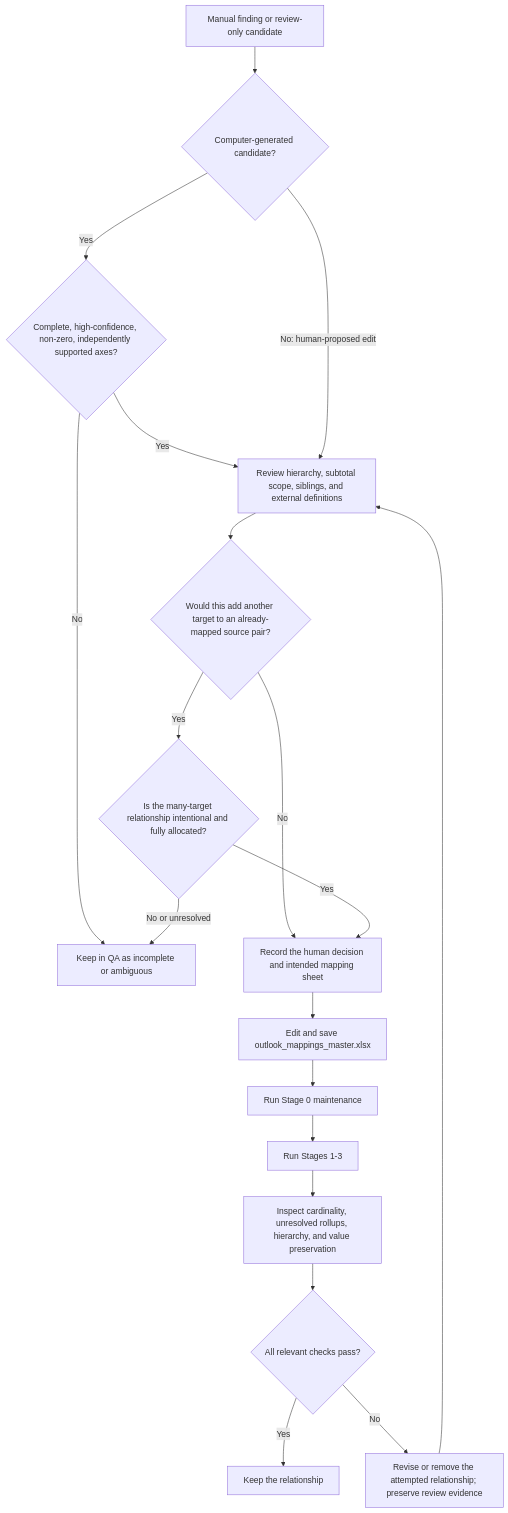
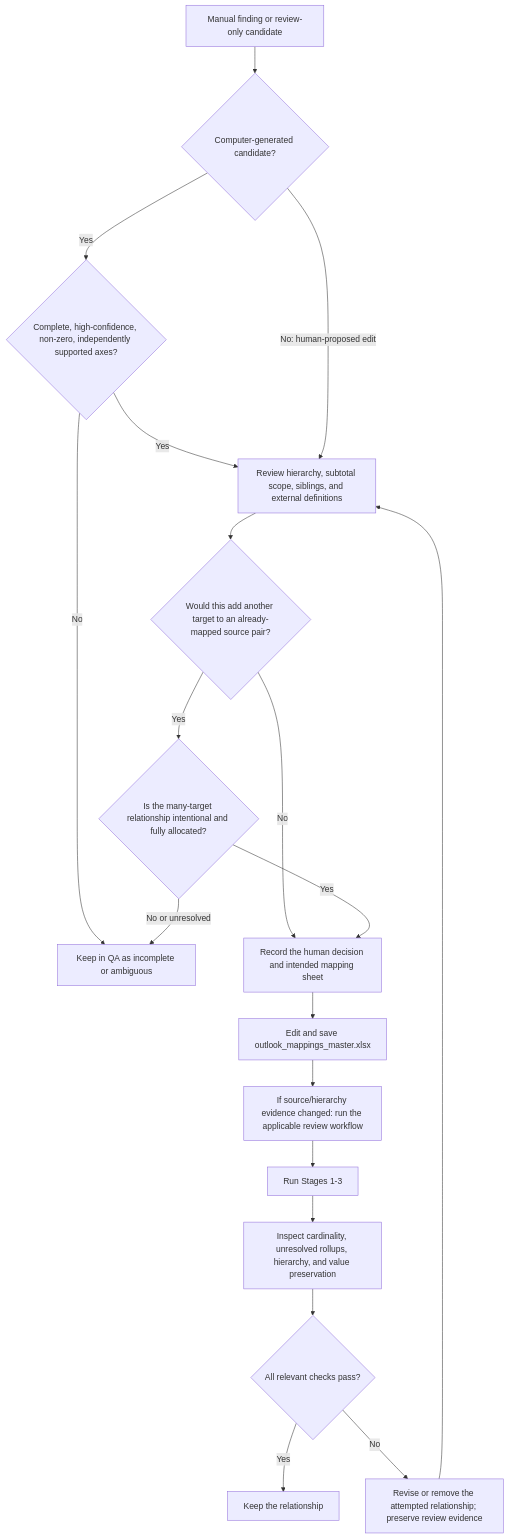
One commit to asia-pacific-energy-research-centre/leap_mappings changed the diagram in docs/guide_outlook_mappings_master.md. Above: the diagram before and after it, drawn with Mermaid. The commit also changed 30 other files, not shown here.

First line of the commit message:
codex: retire mapping pipeline stage zero

````diff
--- a/docs/guide_outlook_mappings_master.md
+++ b/docs/guide_outlook_mappings_master.md
@@ -273,32 +273,32 @@
 ```mermaid
 flowchart TD
     FINDING["Manual finding or review-only candidate"]
     GENERATED{"Computer-generated candidate?"}
     EVIDENCE{"Complete, high-confidence, non-zero, independently supported axes?"}
     QA["Keep in QA as incomplete or ambiguous"]
     SEMANTICS["Review hierarchy, subtotal scope, siblings, and external definitions"]
     EXISTING{"Would this add another target to an already-mapped source pair?"}
     CARDINALITY{"Is the many-target relationship intentional and fully allocated?"}
     DECIDE["Record the human decision and intended mapping sheet"]
     EDIT["Edit and save outlook_mappings_master.xlsx"]
-    STAGE0["Run Stage 0 maintenance"]
+    OPTIONAL["If source/hierarchy evidence changed: run the applicable review workflow"]
     PIPELINE["Run Stages 1-3"]
     CHECK["Inspect cardinality, unresolved rollups, hierarchy, and value preservation"]
     PASS{"All relevant checks pass?"}
     ACCEPT["Keep the relationship"]
     REVISE["Revise or remove the attempted relationship; preserve review evidence"]
 
     FINDING --> GENERATED
     GENERATED -- "Yes" --> EVIDENCE
     EVIDENCE -- "No" --> QA
     EVIDENCE -- "Yes" --> SEMANTICS
     GENERATED -- "No: human-proposed edit" --> SEMANTICS
     SEMANTICS --> EXISTING
     EXISTING -- "No" --> DECIDE
     EXISTING -- "Yes" --> CARDINALITY
     CARDINALITY -- "No or unresolved" --> QA
     CARDINALITY -- "Yes" --> DECIDE
-    DECIDE --> EDIT --> STAGE0 --> PIPELINE --> CHECK --> PASS
+    DECIDE --> EDIT --> OPTIONAL --> PIPELINE --> CHECK --> PASS
     PASS -- "Yes" --> ACCEPT
     PASS -- "No" --> REVISE --> SEMANTICS
 ```
````
